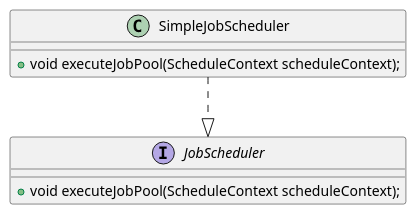
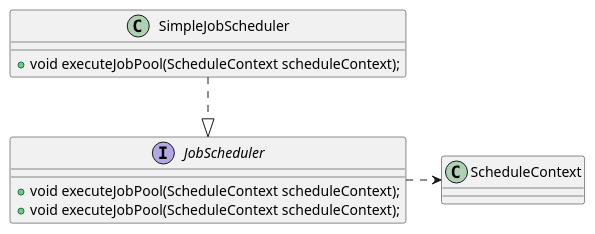
One commit to DepInjoy/geektime changed the third of 3 diagrams in doc/DB/Doris/SourceRead/00_01_00_Optimizer_CascadesContext.md. Above: the diagram before and after it, drawn with PlantUML. The commit also changed other lines of this file, not shown here.

````diff
--- a/doc/DB/Doris/SourceRead/00_01_00_Optimizer_CascadesContext.md
+++ b/doc/DB/Doris/SourceRead/00_01_00_Optimizer_CascadesContext.md
@@ -145,15 +197,18 @@
 ```plantuml
 @startuml
 interface JobScheduler {
     + void executeJobPool(ScheduleContext scheduleContext);
 }
 
 class SimpleJobScheduler {
     + void executeJobPool(ScheduleContext scheduleContext);
 }
 
+interface JobScheduler {
+    + void executeJobPool(ScheduleContext scheduleContext);
+}
 SimpleJobScheduler -down.|> JobScheduler
-
+JobScheduler -right..> ScheduleContext
 
 @enduml
 ```
````
